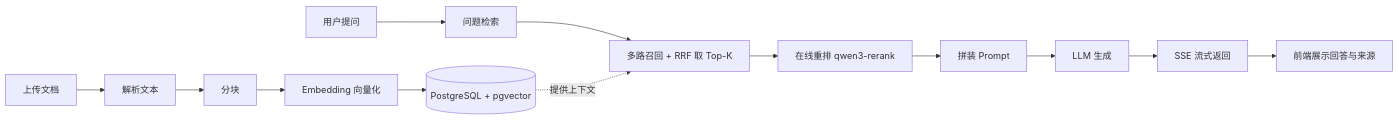
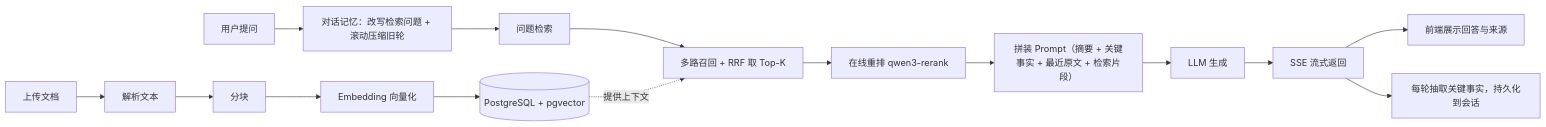
One commit to zhushenxiou/rag-konwledge changed the diagram in README.md. Above: the diagram before and after it, drawn with Mermaid. The commit also changed other lines of this file and 9 other files, not shown here.

````diff
--- a/README.md
+++ b/README.md
@@ -221,16 +233,18 @@
 ```mermaid
 flowchart LR
     A[上传文档] --> B[解析文本]
     B --> C[分块]
     C --> D[Embedding 向量化]
     D --> E[(PostgreSQL + pgvector)]
 
-    F[用户提问] --> G[问题检索]
+    F[用户提问] --> F1[对话记忆：改写检索问题 + 滚动压缩旧轮]
+    F1 --> G[问题检索]
     G --> H[多路召回 + RRF 取 Top-K]
     H --> H2[在线重排 qwen3-rerank]
-    H2 --> I[拼装 Prompt]
+    H2 --> I[拼装 Prompt（摘要 + 关键事实 + 最近原文 + 检索片段）]
     I --> J[LLM 生成]
     J --> K[SSE 流式返回]
     K --> L[前端展示回答与来源]
+    K --> M[每轮抽取关键事实，持久化到会话]
     E -.提供上下文.-> H
 ```
````
